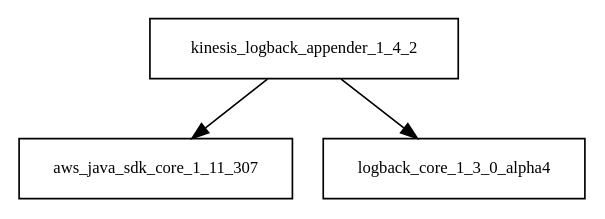
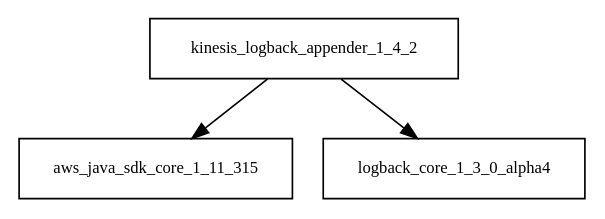
Before and after one commit to sjvs/cia: the diagram in tattleTaleReport/graphviz/kinesis-logback-appender-1.4.2.jar/kinesis-logback-appender-1.4.2.jar.dot, drawn with Graphviz. The commit also changed 1978 other files, not shown here.

```diff
--- a/tattleTaleReport/graphviz/kinesis-logback-appender-1.4.2.jar/kinesis-logback-appender-1.4.2.jar.dot
+++ b/tattleTaleReport/graphviz/kinesis-logback-appender-1.4.2.jar/kinesis-logback-appender-1.4.2.jar.dot
@@ -1,5 +1,5 @@
 digraph kinesis_logback_appender_1_4_2_dependencies {
   node [shape = box, fontsize=10.0];
-  kinesis_logback_appender_1_4_2 -> aws_java_sdk_core_1_11_307;
+  kinesis_logback_appender_1_4_2 -> aws_java_sdk_core_1_11_315;
   kinesis_logback_appender_1_4_2 -> logback_core_1_3_0_alpha4;
 }
```
